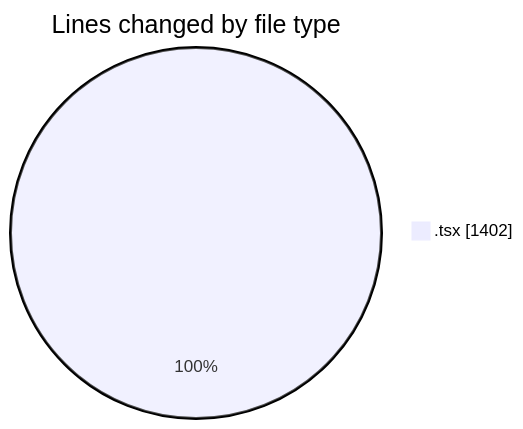
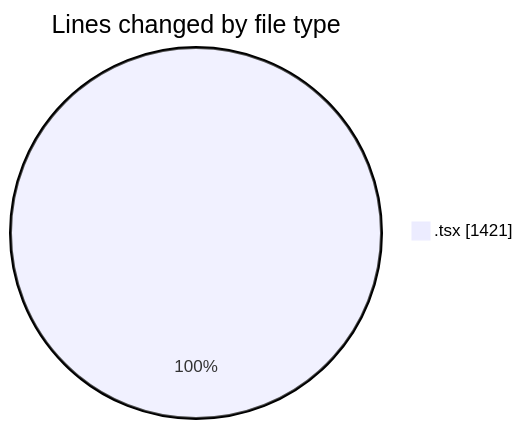
Before and after one commit to momahboobian/code-tracking: the first of 2 diagrams in 2026-10-19/cda/README.md, drawn with Mermaid. The commit also changed other lines of this file and 1 other file, not shown here.

````diff
--- a/2026-10-19/cda/README.md
+++ b/2026-10-19/cda/README.md
@@ -22,5 +22,5 @@
 ```mermaid
 pie showData
 title Lines changed by file type
-".tsx" : 1402
+".tsx" : 1421
 ```
````
